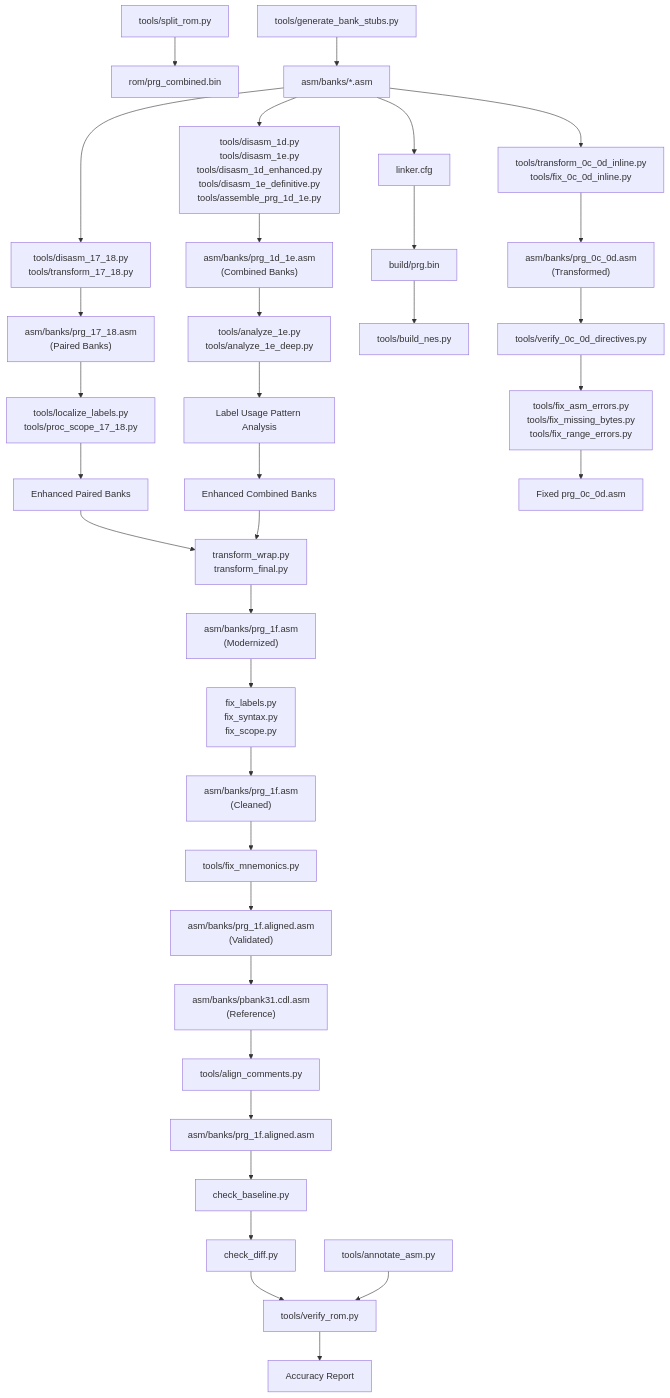
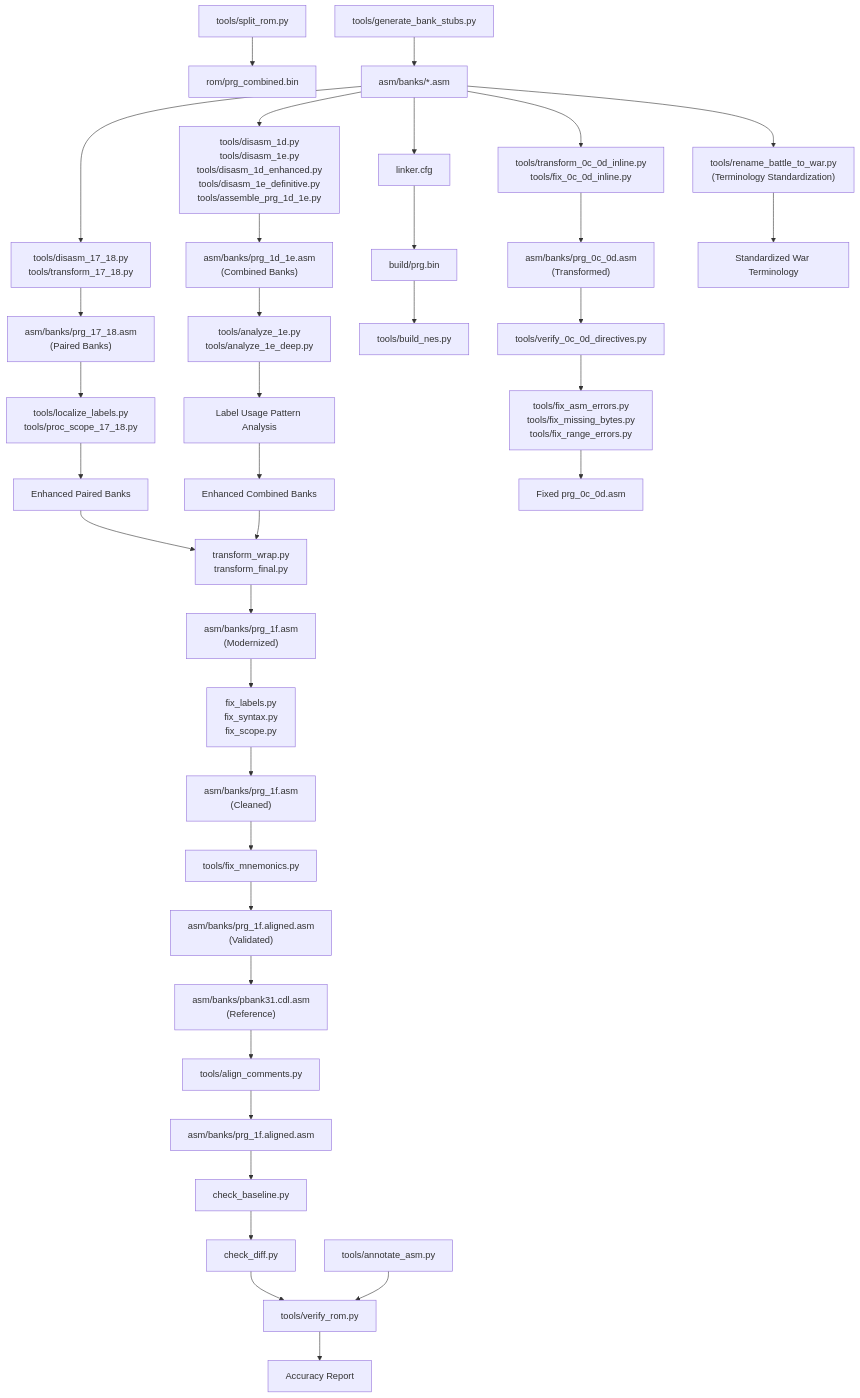
Before and after one commit to rabbyzero/sango2dasm: the ninth of 9 diagrams in .qoder/repowiki/en/content/Disassembly Workflow/Disassembly Workflow.md, drawn with Mermaid. The commit also changed other lines of this file and 11 other files, not shown here.

````diff
--- a/.qoder/repowiki/en/content/Disassembly Workflow/Disassembly Workflow.md
+++ b/.qoder/repowiki/en/content/Disassembly Workflow/Disassembly Workflow.md
@@ -829,37 +885,39 @@
 ```mermaid
 graph TB
 SPLIT["tools/split_rom.py"] --> BIN["rom/prg_combined.bin"]
 STUB["tools/generate_bank_stubs.py"] --> ASM["asm/banks/*.asm"]
 ASM --> DIS1718["tools/disasm_17_18.py<br/>tools/transform_17_18.py"]
 DIS1718 --> PAIR["asm/banks/prg_17_18.asm<br/>(Paired Banks)"]
 PAIR --> LABEL1718["tools/localize_labels.py<br/>tools/proc_scope_17_18.py"]
 LABEL1718 --> PAIR_ENHANCED["Enhanced Paired Banks"]
 ASM --> DIS1D1E["tools/disasm_1d.py<br/>tools/disasm_1e.py<br/>tools/disasm_1d_enhanced.py<br/>tools/disasm_1e_definitive.py<br/>tools/assemble_prg_1d_1e.py"]
 DIS1D1E --> COMB["asm/banks/prg_1d_1e.asm<br/>(Combined Banks)"]
 COMB --> ANALYZE1E["tools/analyze_1e.py<br/>tools/analyze_1e_deep.py"]
 ANALYZE1E --> LABEL1D1E["Label Usage Pattern Analysis"]
 LABEL1D1E --> COMB_ENHANCED["Enhanced Combined Banks"]
 PAIR_ENHANCED --> TRANS["transform_wrap.py<br/>transform_final.py"]
 COMB_ENHANCED --> TRANS
 TRANS --> MOD["asm/banks/prg_1f.asm<br/>(Modernized)"]
 MOD --> FIX["fix_labels.py<br/>fix_syntax.py<br/>fix_scope.py"]
 FIX --> CLEAN["asm/banks/prg_1f.asm<br/>(Cleaned)"]
 CLEAN --> REF["tools/fix_mnemonics.py"]
 REF --> VALID["asm/banks/prg_1f.aligned.asm<br/>(Validated)"]
 VALID --> CDL["asm/banks/pbank31.cdl.asm<br/>(Reference)"]
 CDL --> ALIGN["tools/align_comments.py"]
 ALIGN --> ALIGNED["asm/banks/prg_1f.aligned.asm"]
 ALIGNED --> BASE["check_baseline.py"]
 BASE --> DIFF["check_diff.py"]
 DIFF --> VERIFY["tools/verify_rom.py"]
 VERIFY --> ACC["Accuracy Report"]
 ASM --> LINK["linker.cfg"]
 LINK --> OBJ["build/prg.bin"]
 OBJ --> NES["tools/build_nes.py"]
 ANNO["tools/annotate_asm.py"] --> VERIFY
 ASM --> INLINE["tools/transform_0c_0d_inline.py<br/>tools/fix_0c_0d_inline.py"]
 INLINE --> FIXED0C0D["asm/banks/prg_0c_0d.asm<br/>(Transformed)"]
 FIXED0C0D --> VERIFY0C0D["tools/verify_0c_0d_directives.py"]
 VERIFY0C0D --> ERRORS["tools/fix_asm_errors.py<br/>tools/fix_missing_bytes.py<br/>tools/fix_range_errors.py"]
 ERRORS --> FINAL0C0D["Fixed prg_0c_0d.asm"]
+ASM --> TERM["tools/rename_battle_to_war.py<br/>(Terminology Standardization)"]
+TERM --> STANDARDIZED["Standardized War Terminology"]
 ```
````
